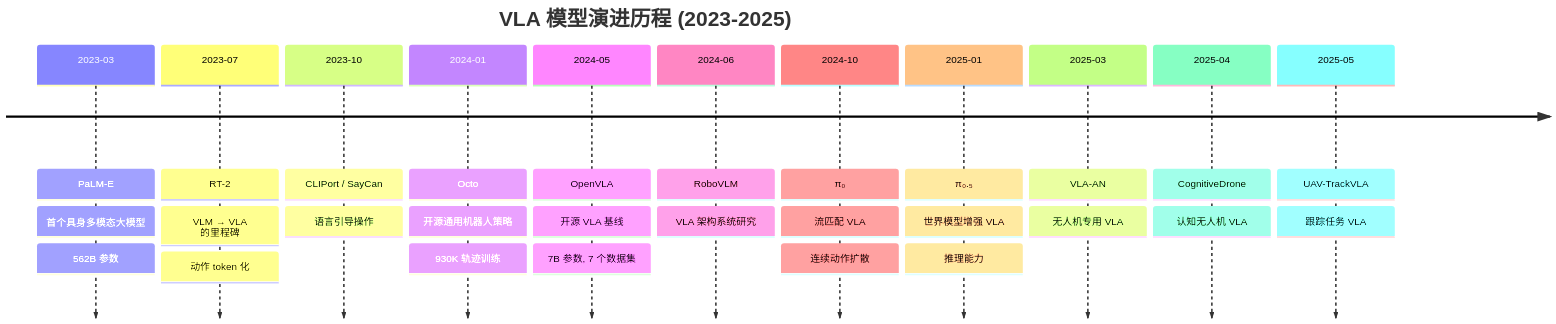
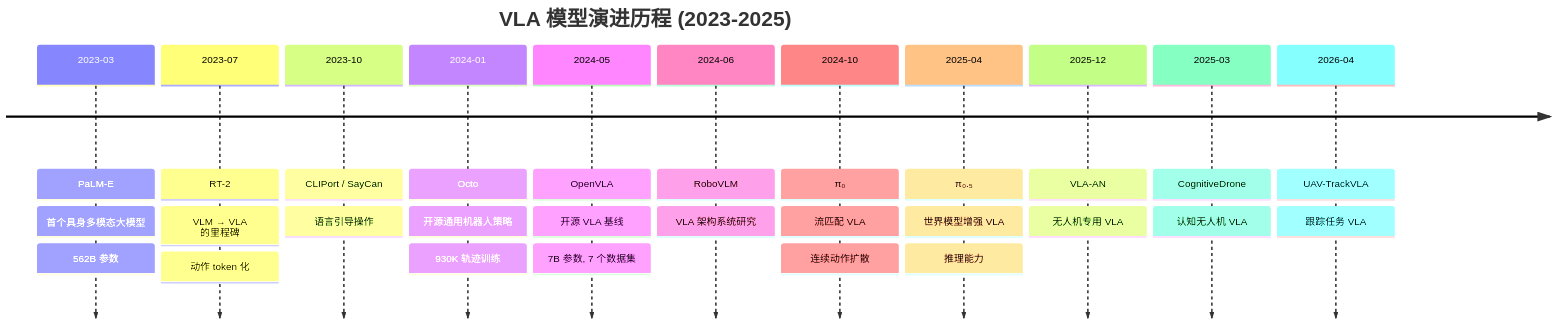
One commit to Qxy661/UAV-WM-VLA-Learning changed the first of 18 diagrams in mindmaps/vla-evolution.md. Above: the diagram before and after it, drawn with Mermaid. The commit also changed other lines of this file and 32 other files, not shown here.

````diff
--- a/mindmaps/vla-evolution.md
+++ b/mindmaps/vla-evolution.md
@@ -9,32 +9,32 @@
 ```mermaid
 timeline
     title VLA 模型演进历程 (2023-2025)
     2023-03 : PaLM-E
              : 首个具身多模态大模型
              : 562B 参数
     2023-07 : RT-2
              : VLM → VLA 的里程碑
              : 动作 token 化
     2023-10 : CLIPort / SayCan
              : 语言引导操作
     2024-01 : Octo
              : 开源通用机器人策略
              : 930K 轨迹训练
     2024-05 : OpenVLA
              : 开源 VLA 基线
              : 7B 参数, 7 个数据集
     2024-06 : RoboVLM
              : VLA 架构系统研究
     2024-10 : π₀
              : 流匹配 VLA
              : 连续动作扩散
-    2025-01 : π₀.₅
+    2025-04 : π₀.₅
              : 世界模型增强 VLA
              : 推理能力
-    2025-03 : VLA-AN
+    2025-12 : VLA-AN
              : 无人机专用 VLA
-    2025-04 : CognitiveDrone
+    2025-03 : CognitiveDrone
              : 认知无人机 VLA
-    2025-05 : UAV-TrackVLA
+    2026-04 : UAV-TrackVLA
              : 跟踪任务 VLA
 ```
````
